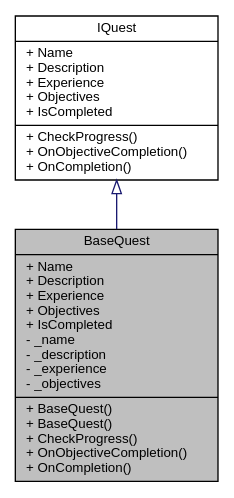
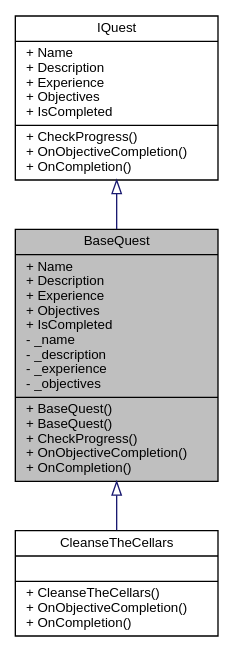
Before and after one commit to PaulSchweizer/ActionRpgKit: the diagram in d7/d9c/class_action_rpg_kit_1_1_story_1_1_quest_1_1_base_quest__inherit__graph.dot, drawn with Graphviz. The commit also changed 572 other files, not shown here.

```diff
--- a/d7/d9c/class_action_rpg_kit_1_1_story_1_1_quest_1_1_base_quest__inherit__graph.dot
+++ b/d7/d9c/class_action_rpg_kit_1_1_story_1_1_quest_1_1_base_quest__inherit__graph.dot
@@ -1,9 +1,11 @@
 digraph "BaseQuest"
 {
  // INTERACTIVE_SVG=YES
   edge [fontname="Helvetica",fontsize="10",labelfontname="Helvetica",labelfontsize="10"];
   node [fontname="Helvetica",fontsize="10",shape=record];
   Node1 [label="{BaseQuest\n|+ Name\l+ Description\l+ Experience\l+ Objectives\l+ IsCompleted\l- _name\l- _description\l- _experience\l- _objectives\l|+ BaseQuest()\l+ BaseQuest()\l+ CheckProgress()\l+ OnObjectiveCompletion()\l+ OnCompletion()\l}",height=0.2,width=0.4,color="black", fillcolor="grey75", style="filled" fontcolor="black"];
   Node2 -> Node1 [dir="back",color="midnightblue",fontsize="10",style="solid",arrowtail="onormal",fontname="Helvetica"];
   Node2 [label="{IQuest\n|+ Name\l+ Description\l+ Experience\l+ Objectives\l+ IsCompleted\l|+ CheckProgress()\l+ OnObjectiveCompletion()\l+ OnCompletion()\l}",height=0.2,width=0.4,color="black", fillcolor="white", style="filled",URL="$dd/dd3/interface_action_rpg_kit_1_1_story_1_1_quest_1_1_i_quest.xhtml",tooltip="Interface for Quests. "];
+  Node1 -> Node3 [dir="back",color="midnightblue",fontsize="10",style="solid",arrowtail="onormal",fontname="Helvetica"];
+  Node3 [label="{CleanseTheCellars\n||+ CleanseTheCellars()\l+ OnObjectiveCompletion()\l+ OnCompletion()\l}",height=0.2,width=0.4,color="black", fillcolor="white", style="filled",URL="$d0/dc5/class_action_rpg_kit_1_1_tests_1_1_story_1_1_cleanse_the_cellars.xhtml"];
 }
```
